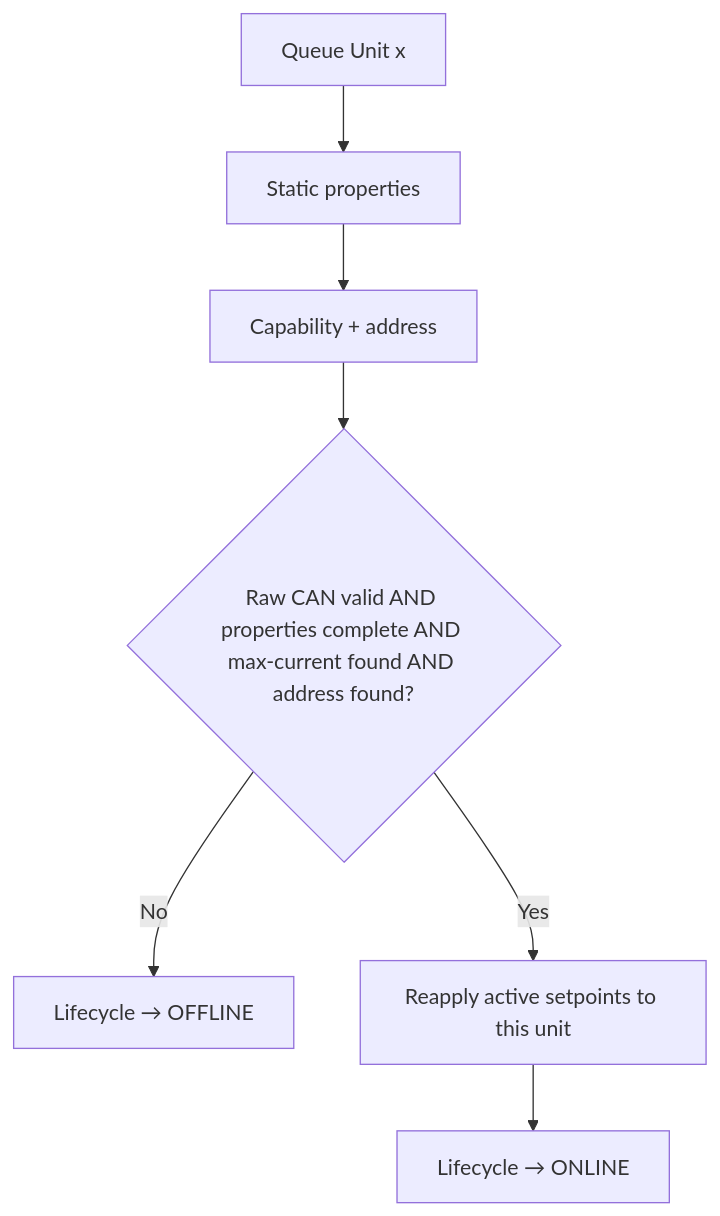
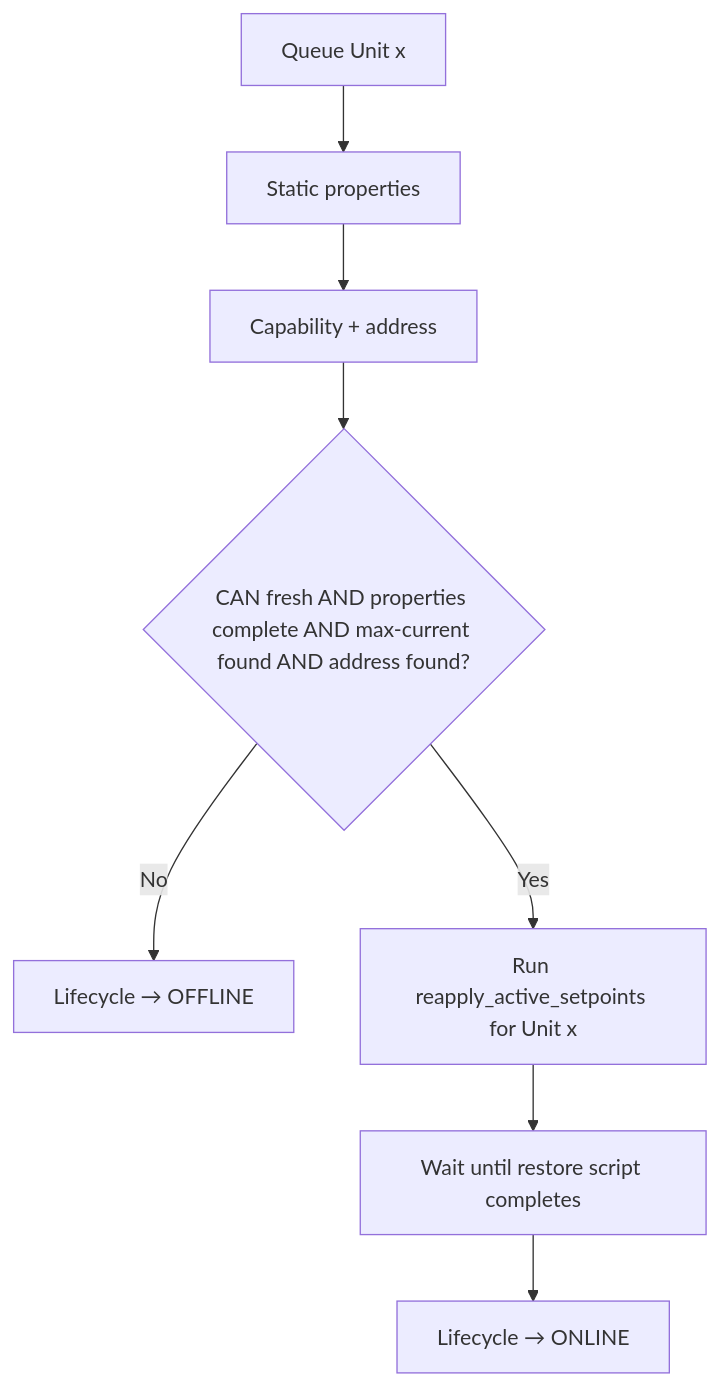
One commit to anwa/esphome-r4875g1-3phase-charger changed the tenth of 20 diagrams in R4875G1_CONTROL_FLOWS.md. Above: the diagram before and after it, drawn with Mermaid. The commit also changed other lines of this file, not shown here.

Commit message:
Clarify reconnect restore lifecycle documentation

````diff
--- a/R4875G1_CONTROL_FLOWS.md
+++ b/R4875G1_CONTROL_FLOWS.md
@@ -455,9 +373,10 @@
 ```mermaid
 flowchart TD
     A[Queue Unit x] --> B[Static properties]
     B --> C[Capability + address]
-    C --> D{Raw CAN valid AND properties complete AND max-current found AND address found?}
+    C --> D{CAN fresh AND properties complete AND max-current found AND address found?}
     D -- No --> E[Lifecycle → OFFLINE]
-    D -- Yes --> F[Reapply active setpoints to this unit]
-    F --> G[Lifecycle → ONLINE]
+    D -- Yes --> F[Run reapply_active_setpoints for Unit x]
+    F --> G[Wait until restore script completes]
+    G --> H[Lifecycle → ONLINE]
 ```
````
